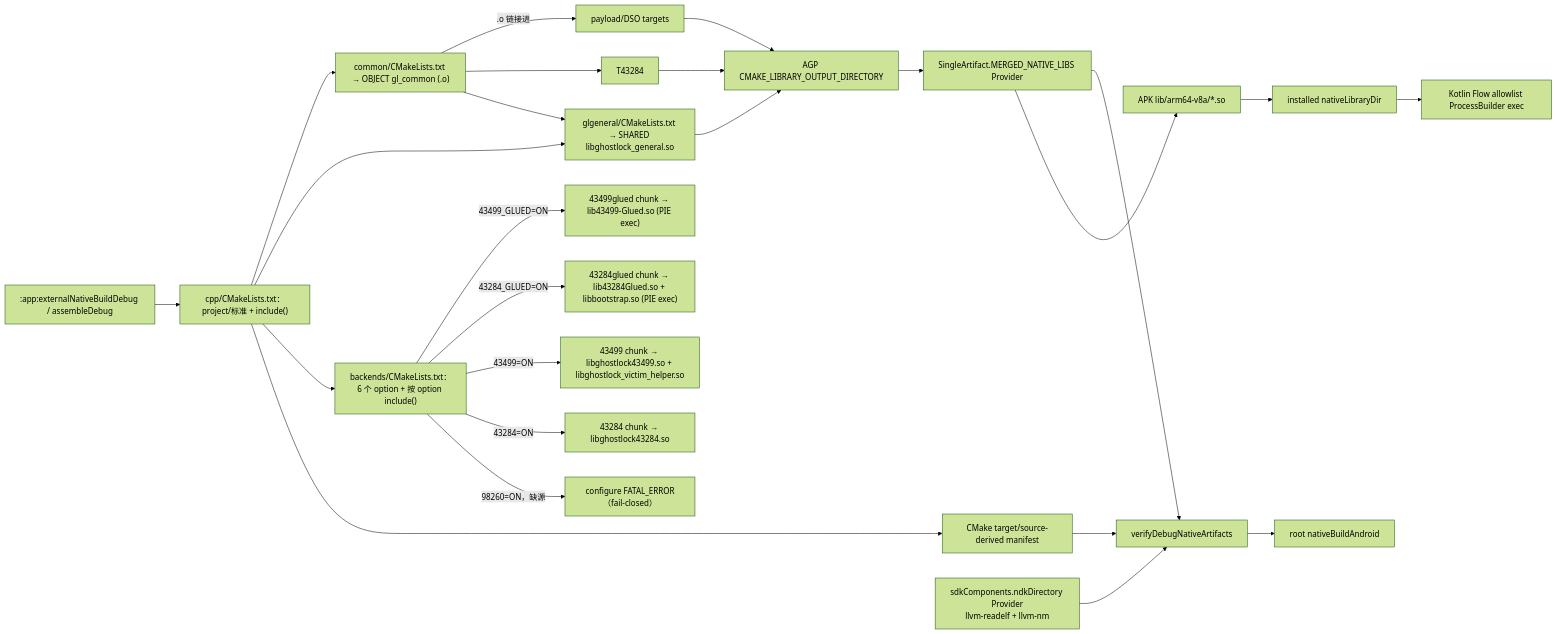
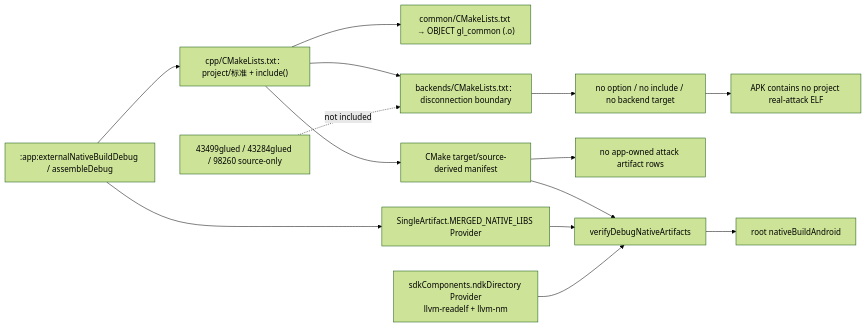
One commit to YuKongA/ghostlock-app changed diagram 32 of 51 in docs/development/full-process-uml.md. Above: the diagram before and after it, drawn with Mermaid (forest theme). The commit also changed other lines of this file and 663 other files, not shown here.

First line of the commit message:
refactor(app): unify backend execution and run logging

````diff
--- a/docs/development/full-process-uml.md
+++ b/docs/development/full-process-uml.md
@@ -1084,27 +1088,16 @@
 ```mermaid
 flowchart LR
   GRADLE[":app:externalNativeBuildDebug / assembleDebug"] --> ROOT["cpp/CMakeLists.txt：project/标准 + include()"]
   ROOT --> COMMON["common/CMakeLists.txt → OBJECT gl_common (.o)"]
-  ROOT --> GENERAL["glgeneral/CMakeLists.txt → SHARED libghostlock_general.so"]
-  ROOT --> BACKENDS["backends/CMakeLists.txt：6 个 option + 按 option include()"]
-  BACKENDS -->|43499_GLUED=ON| G43499["43499glued chunk → lib43499-Glued.so (PIE exec)"]
-  BACKENDS -->|43284_GLUED=ON| G43284["43284glued chunk → lib43284Glued.so + libbootstrap.so (PIE exec)"]
-  BACKENDS -->|43499=ON| O43499["43499 chunk → libghostlock43499.so + libghostlock_victim_helper.so"]
-  BACKENDS -->|43284=ON| O43284["43284 chunk → libghostlock43284.so"]
-  BACKENDS -->|98260=ON，缺源| FATAL["configure FATAL_ERROR（fail-closed）"]
-  COMMON -->|.o 链接进| T43499["payload/DSO targets"]
-  COMMON --> T43284
-  COMMON --> GENERAL
+  ROOT --> BACKENDS["backends/CMakeLists.txt：disconnection boundary"]
+  BACKENDS --> NONE["no option / no include / no backend target"]
+  SRC["43499glued / 43284glued / 98260 source-only"] -. not included .-> BACKENDS
   ROOT --> MANIFEST["CMake target/source-derived manifest"]
-  T43499 --> OUT["AGP CMAKE_LIBRARY_OUTPUT_DIRECTORY"]
-  T43284 --> OUT
-  GENERAL --> OUT
-  OUT --> MERGE["SingleArtifact.MERGED_NATIVE_LIBS Provider"]
+  MANIFEST --> EXPECT["no app-owned attack artifact rows"]
+  GRADLE --> MERGE["SingleArtifact.MERGED_NATIVE_LIBS Provider"]
   MANIFEST --> VERIFY["verifyDebugNativeArtifacts"]
   MERGE --> VERIFY
   NDK["sdkComponents.ndkDirectory Provider<br/>llvm-readelf + llvm-nm"] --> VERIFY
   VERIFY --> ROOT_GATE["root nativeBuildAndroid"]
-  MERGE --> APK["APK lib/arm64-v8a/*.so"]
-  APK --> INSTALL["installed nativeLibraryDir"]
-  INSTALL --> EXEC["Kotlin Flow allowlist ProcessBuilder exec"]
+  NONE --> APK["APK contains no project real-attack ELF"]
 ```
````
